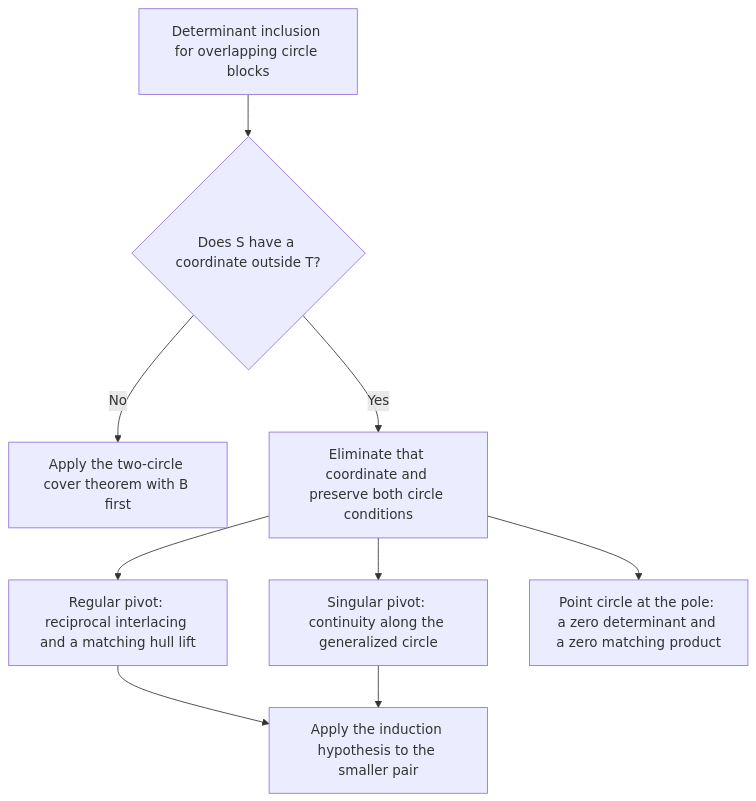
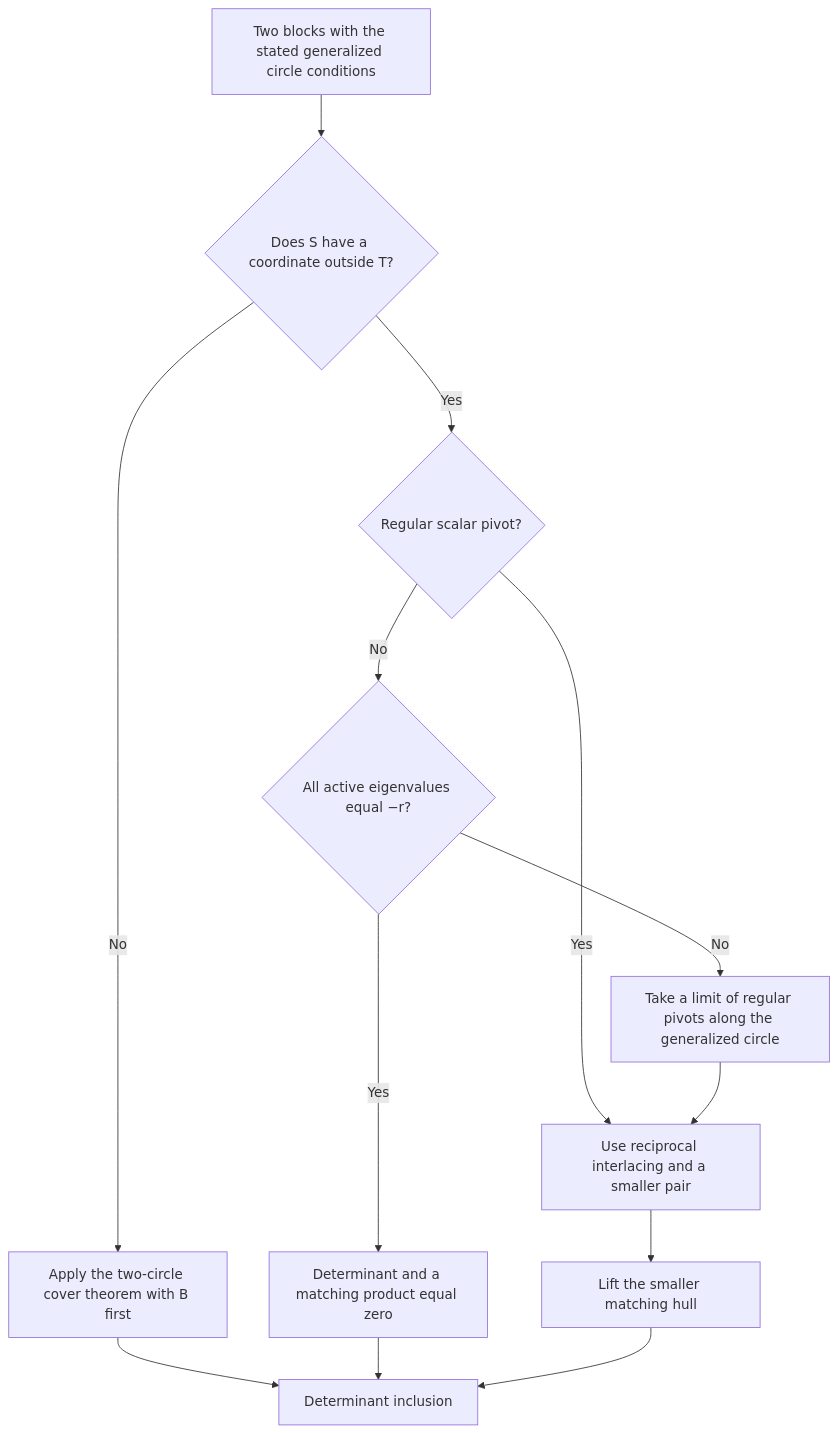
The diagram in Docs/overlapping-circle-blocks-proof-map.md (ascendnoosphere/MOC), drawn with Mermaid before and after one commit. The commit also changed other lines of this file and 11 other files, not shown here.

````diff
--- a/Docs/overlapping-circle-blocks-proof-map.md
+++ b/Docs/overlapping-circle-blocks-proof-map.md
@@ -24,12 +23,16 @@
 ```mermaid
 flowchart TD
-  goal["Determinant inclusion for overlapping circle blocks"]
-  goal --> split{"Does S have a coordinate outside T?"}
+  input["Two blocks with the stated generalized circle conditions"]
+  input --> split{"Does S have a coordinate outside T?"}
   split -->|"No"| base["Apply the two-circle cover theorem with B first"]
-  split -->|"Yes"| pivot["Eliminate that coordinate and preserve both circle conditions"]
-  pivot --> regular["Regular pivot: reciprocal interlacing and a matching hull lift"]
-  pivot --> singular["Singular pivot: continuity along the generalized circle"]
-  pivot --> point["Point circle at the pole: a zero determinant and a zero matching product"]
-  regular --> child["Apply the induction hypothesis to the smaller pair"]
-  singular --> child
+  split -->|"Yes"| pivot{"Regular scalar pivot?"}
+  pivot -->|"Yes"| regular["Use reciprocal interlacing and a smaller pair"]
+  pivot -->|"No"| singular{"All active eigenvalues equal −r?"}
+  singular -->|"Yes"| point["Determinant and a matching product equal zero"]
+  singular -->|"No"| continuity["Take a limit of regular pivots along the generalized circle"]
+  continuity --> regular
+  regular --> child["Lift the smaller matching hull"]
+  base --> goal["Determinant inclusion"]
+  point --> goal
+  child --> goal
 ```
````
